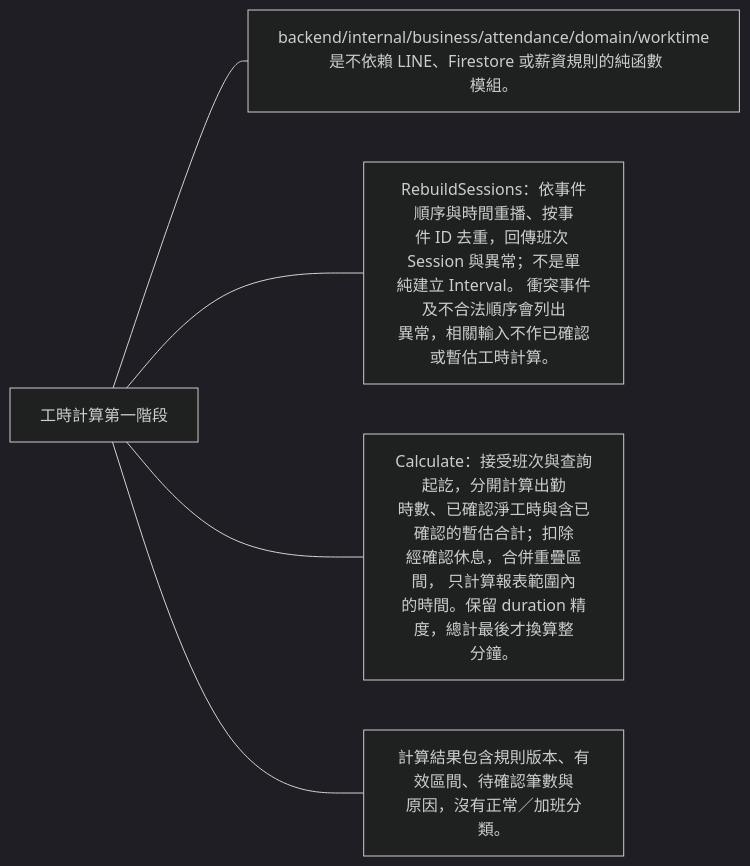
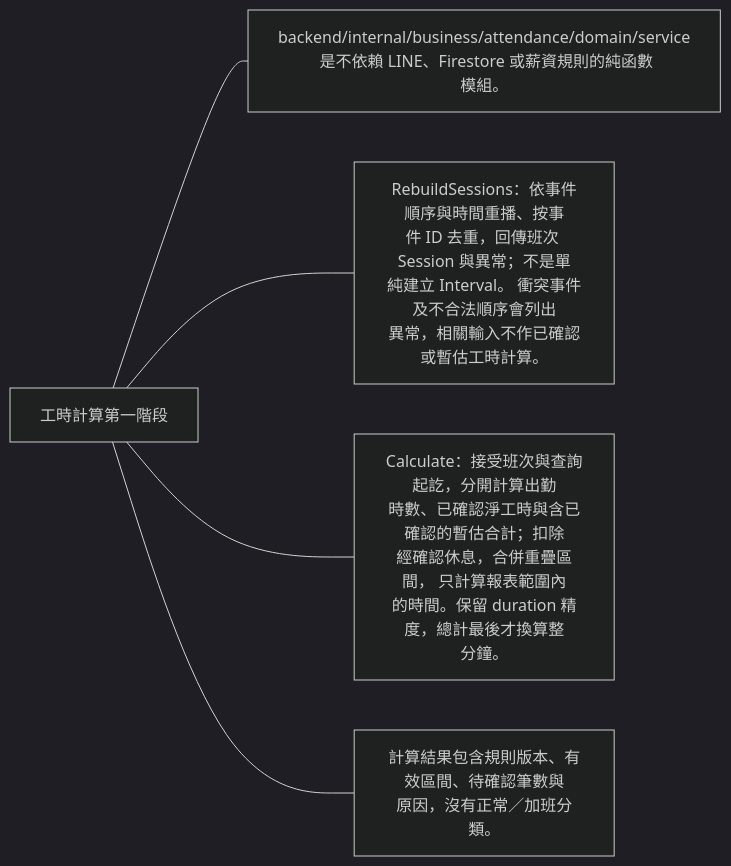
The first of 15 diagrams in docs/domains/attendance/worktime.md (963sup/line-mini-app-bot), drawn with Mermaid (dark theme) before and after one commit. The commit also changed other lines of this file and 179 other files, not shown here.

Commit message:
refactor(attendance): separate worktime rules, review commands and read models

````diff
--- a/docs/domains/attendance/worktime.md
+++ b/docs/domains/attendance/worktime.md
@@ -5,8 +5,8 @@
 ```mermaid
 flowchart LR
   h["工時計算第一階段"]
-  h --- n0["backend/internal/business/attendance/domain/worktime<br/> 是不依賴 LINE、Firestore 或薪資規則的純函數<br/>模組。"]
+  h --- n0["backend/internal/business/attendance/domain/service<br/> 是不依賴 LINE、Firestore 或薪資規則的純函數<br/>模組。"]
   h --- n1["RebuildSessions：依事件順序與時間重播、按事<br/>件 ID 去重，回傳班次 Session 與異常；不是單<br/>純建立 Interval。 衝突事件及不合法順序會列出<br/>異常，相關輸入不作已確認或暫估工時計算。"]
   h --- n2["Calculate：接受班次與查詢起訖，分開計算出勤<br/>時數、已確認淨工時與含已確認的暫估合計；扣除<br/>經確認休息，合併重疊區間， 只計算報表範圍內<br/>的時間。保留 duration 精度，總計最後才換算整<br/>分鐘。"]
   h --- n3["計算結果包含規則版本、有效區間、待確認筆數與<br/>原因，沒有正常／加班分類。"]
 ```
````
